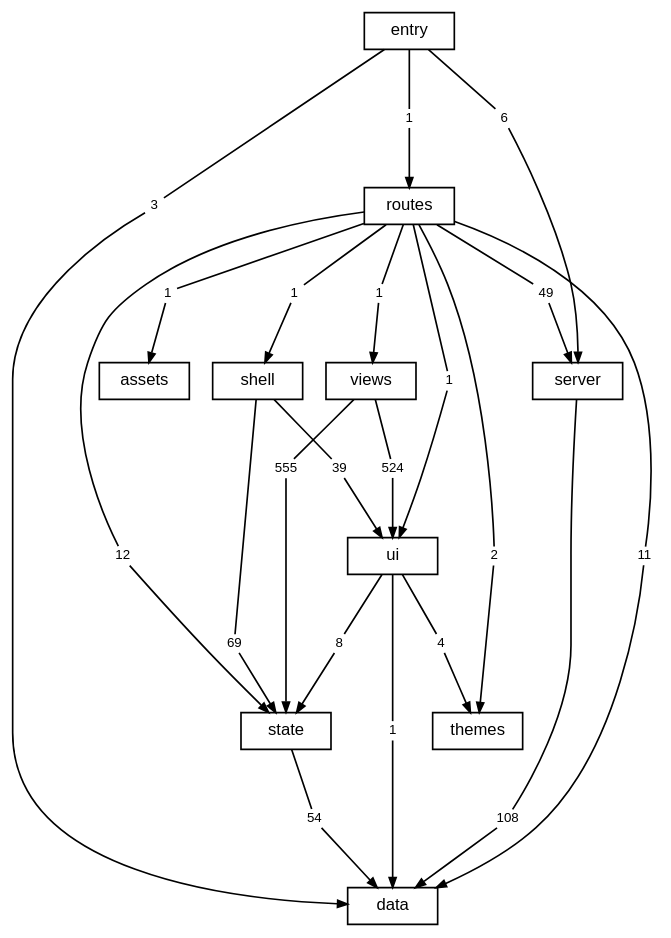
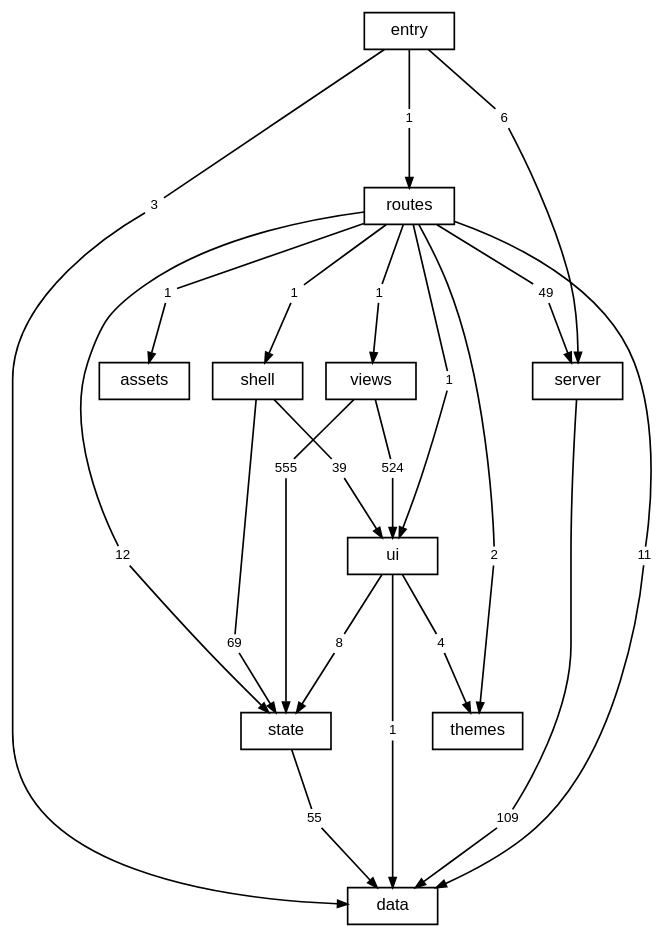
One commit to TheAxeC/oculus changed the diagram in docs/diagrams/layers.dot. Above: the diagram before and after it, drawn with Graphviz. The commit also changed 16 other files, not shown here.

```diff
--- a/docs/diagrams/layers.dot
+++ b/docs/diagrams/layers.dot
@@ -1,75 +1,75 @@
 digraph layers {
     graph [bgcolor="transparent", rankdir=TB, newrank=true, fontname="Helvetica,Arial,sans-serif", fontsize=12, nodesep=0.2, ranksep=0.5];
     node [shape=box, color="black", fontcolor="black", fontname="Helvetica,Arial,sans-serif", fontsize=10, height=0.3, margin="0.12,0.04"];
     edge [color="black", fontcolor="black", fontname="Helvetica,Arial,sans-serif", fontsize=8, arrowsize=0.6];
     "data";
     "server";
     "state";
     "ui";
     "shell";
     "views";
     "themes";
     "routes";
     "src" [label="entry"];
     "files: assets" [label="assets"];
     "routes to data" [label="11", shape=box, color="transparent", fontsize=8, width=0, height=0, margin="0.04,0.02"];
     "routes" -> "routes to data" [arrowhead=none];
     "routes to data" -> "data" [];
     "routes to files: assets" [label="1", shape=box, color="transparent", fontsize=8, width=0, height=0, margin="0.04,0.02"];
     "routes" -> "routes to files: assets" [arrowhead=none];
     "routes to files: assets" -> "files: assets" [];
     "routes to server" [label="49", shape=box, color="transparent", fontsize=8, width=0, height=0, margin="0.04,0.02"];
     "routes" -> "routes to server" [arrowhead=none];
     "routes to server" -> "server" [];
     "routes to shell" [label="1", shape=box, color="transparent", fontsize=8, width=0, height=0, margin="0.04,0.02"];
     "routes" -> "routes to shell" [arrowhead=none];
     "routes to shell" -> "shell" [];
     "routes to state" [label="12", shape=box, color="transparent", fontsize=8, width=0, height=0, margin="0.04,0.02"];
     "routes" -> "routes to state" [arrowhead=none];
     "routes to state" -> "state" [];
     "routes to themes" [label="2", shape=box, color="transparent", fontsize=8, width=0, height=0, margin="0.04,0.02"];
     "routes" -> "routes to themes" [arrowhead=none];
     "routes to themes" -> "themes" [];
     "routes to ui" [label="1", shape=box, color="transparent", fontsize=8, width=0, height=0, margin="0.04,0.02"];
     "routes" -> "routes to ui" [arrowhead=none];
     "routes to ui" -> "ui" [];
     "routes to views" [label="1", shape=box, color="transparent", fontsize=8, width=0, height=0, margin="0.04,0.02"];
     "routes" -> "routes to views" [arrowhead=none];
     "routes to views" -> "views" [];
-    "server to data" [label="108", shape=box, color="transparent", fontsize=8, width=0, height=0, margin="0.04,0.02"];
+    "server to data" [label="109", shape=box, color="transparent", fontsize=8, width=0, height=0, margin="0.04,0.02"];
     "server" -> "server to data" [arrowhead=none];
     "server to data" -> "data" [];
     "shell to state" [label="69", shape=box, color="transparent", fontsize=8, width=0, height=0, margin="0.04,0.02"];
     "shell" -> "shell to state" [arrowhead=none];
     "shell to state" -> "state" [];
     "shell to ui" [label="39", shape=box, color="transparent", fontsize=8, width=0, height=0, margin="0.04,0.02"];
     "shell" -> "shell to ui" [arrowhead=none];
     "shell to ui" -> "ui" [];
     "src to data" [label="3", shape=box, color="transparent", fontsize=8, width=0, height=0, margin="0.04,0.02"];
     "src" -> "src to data" [arrowhead=none];
     "src to data" -> "data" [];
     "src to routes" [label="1", shape=box, color="transparent", fontsize=8, width=0, height=0, margin="0.04,0.02"];
     "src" -> "src to routes" [arrowhead=none];
     "src to routes" -> "routes" [];
     "src to server" [label="6", shape=box, color="transparent", fontsize=8, width=0, height=0, margin="0.04,0.02"];
     "src" -> "src to server" [arrowhead=none];
     "src to server" -> "server" [];
-    "state to data" [label="54", shape=box, color="transparent", fontsize=8, width=0, height=0, margin="0.04,0.02"];
+    "state to data" [label="55", shape=box, color="transparent", fontsize=8, width=0, height=0, margin="0.04,0.02"];
     "state" -> "state to data" [arrowhead=none];
     "state to data" -> "data" [];
     "ui to data" [label="1", shape=box, color="transparent", fontsize=8, width=0, height=0, margin="0.04,0.02"];
     "ui" -> "ui to data" [arrowhead=none];
     "ui to data" -> "data" [];
     "ui to state" [label="8", shape=box, color="transparent", fontsize=8, width=0, height=0, margin="0.04,0.02"];
     "ui" -> "ui to state" [arrowhead=none];
     "ui to state" -> "state" [];
     "ui to themes" [label="4", shape=box, color="transparent", fontsize=8, width=0, height=0, margin="0.04,0.02"];
     "ui" -> "ui to themes" [arrowhead=none];
     "ui to themes" -> "themes" [];
     "views to state" [label="555", shape=box, color="transparent", fontsize=8, width=0, height=0, margin="0.04,0.02"];
     "views" -> "views to state" [arrowhead=none];
     "views to state" -> "state" [];
     "views to ui" [label="524", shape=box, color="transparent", fontsize=8, width=0, height=0, margin="0.04,0.02"];
     "views" -> "views to ui" [arrowhead=none];
     "views to ui" -> "ui" [];
 }
```
